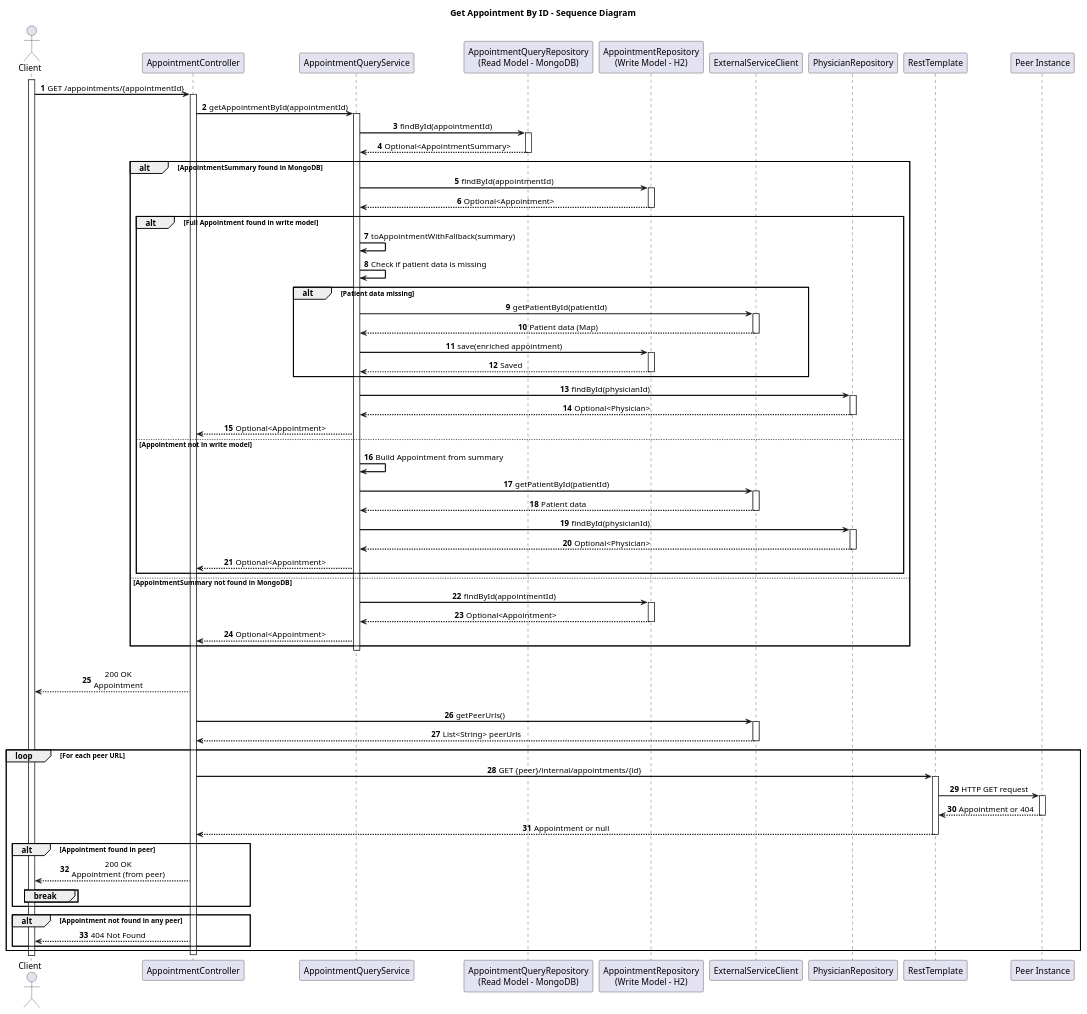
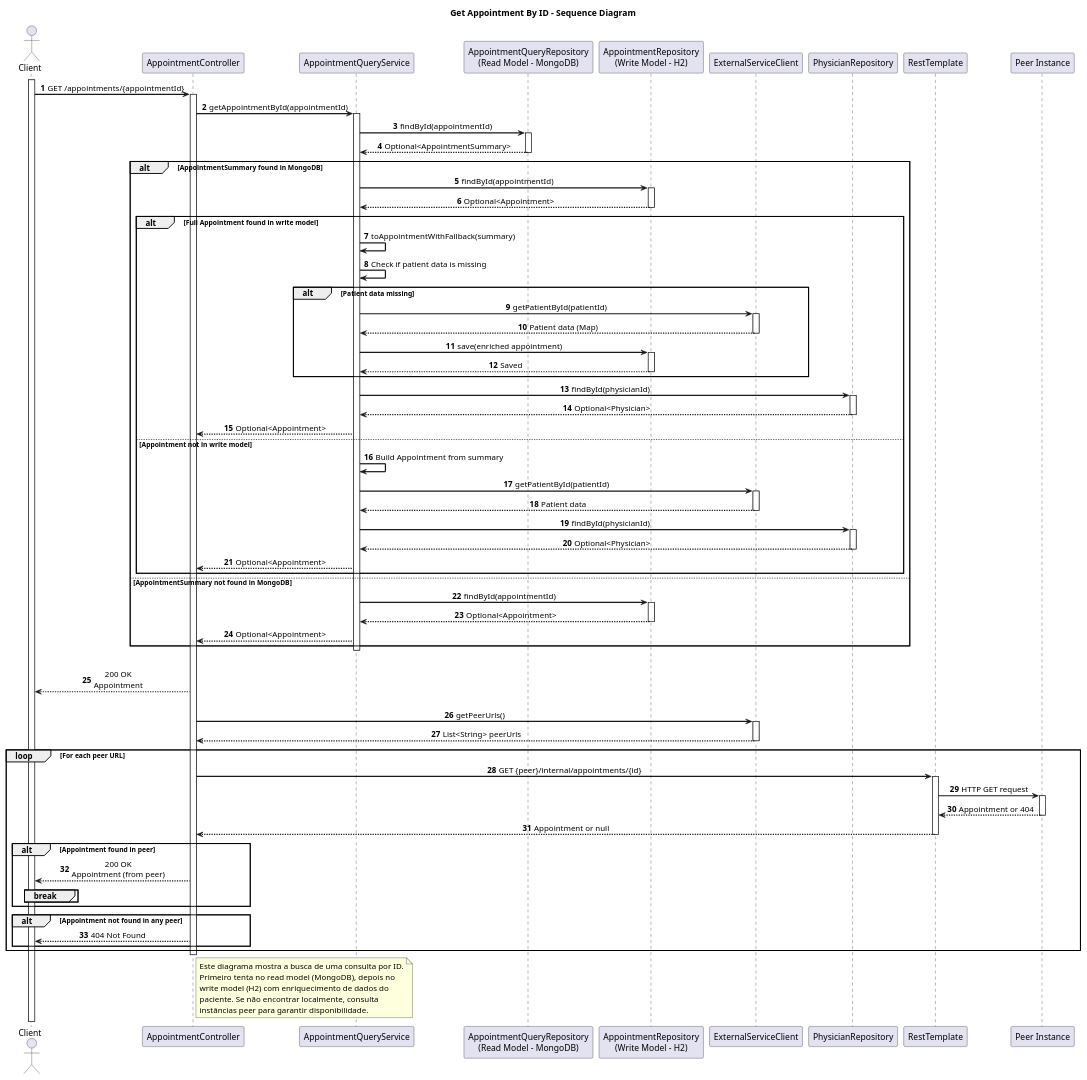
The diagram in DOCS2/C4+1/GetAppointmentId-Sequence.puml (pedrods05/LETI_SIDIS_3DA_6), drawn with PlantUML before and after one commit. The commit also changed 11 other files, not shown here.

```diff
--- a/DOCS2/C4+1/GetAppointmentId-Sequence.puml
+++ b/DOCS2/C4+1/GetAppointmentId-Sequence.puml
@@ -1,115 +1,123 @@
 @startuml GetAppointmentId-Sequence
 skinparam backgroundColor #FFFFFF
 skinparam sequenceMessageAlign center
 skinparam sequenceArrowThickness 2
 
 title Get Appointment By ID - Sequence Diagram
 
 actor Client
 participant "AppointmentController" as Controller
 participant "AppointmentQueryService" as QueryService
 participant "AppointmentQueryRepository\n(Read Model - MongoDB)" as ReadRepo
 participant "AppointmentRepository\n(Write Model - H2)" as WriteRepo
 participant "ExternalServiceClient" as ExternalClient
 participant "PhysicianRepository" as PhysicianRepo
 participant "RestTemplate" as RestTemplate
 participant "Peer Instance" as Peer
 
 autonumber
 activate Client
 Client -> Controller: GET /appointments/{appointmentId}
 activate Controller
 
 Controller -> QueryService: getAppointmentById(appointmentId)
 activate QueryService
 
 QueryService -> ReadRepo: findById(appointmentId)
 activate ReadRepo
 ReadRepo --> QueryService: Optional<AppointmentSummary>
 deactivate ReadRepo
 
 alt AppointmentSummary found in MongoDB
     QueryService -> WriteRepo: findById(appointmentId)
     activate WriteRepo
     WriteRepo --> QueryService: Optional<Appointment>
     deactivate WriteRepo
 
     alt Full Appointment found in write model
         QueryService -> QueryService: toAppointmentWithFallback(summary)
         QueryService -> QueryService: Check if patient data is missing
 
         alt Patient data missing
             QueryService -> ExternalClient: getPatientById(patientId)
             activate ExternalClient
             ExternalClient --> QueryService: Patient data (Map)
             deactivate ExternalClient
 
             QueryService -> WriteRepo: save(enriched appointment)
             activate WriteRepo
             WriteRepo --> QueryService: Saved
             deactivate WriteRepo
         end
 
         QueryService -> PhysicianRepo: findById(physicianId)
         activate PhysicianRepo
         PhysicianRepo --> QueryService: Optional<Physician>
         deactivate PhysicianRepo
 
         QueryService --> Controller: Optional<Appointment>
     else Appointment not in write model
         QueryService -> QueryService: Build Appointment from summary
         QueryService -> ExternalClient: getPatientById(patientId)
         activate ExternalClient
         ExternalClient --> QueryService: Patient data
         deactivate ExternalClient
 
         QueryService -> PhysicianRepo: findById(physicianId)
         activate PhysicianRepo
         PhysicianRepo --> QueryService: Optional<Physician>
         deactivate PhysicianRepo
 
         QueryService --> Controller: Optional<Appointment>
     end
 else AppointmentSummary not found in MongoDB
     QueryService -> WriteRepo: findById(appointmentId)
     activate WriteRepo
     WriteRepo --> QueryService: Optional<Appointment>
     deactivate WriteRepo
 
     QueryService --> Controller: Optional<Appointment>
 end
 
 deactivate QueryService
 
 alt Appointment found locally
     Controller --> Client: 200 OK\nAppointment
 else Appointment not found locally
     Controller -> ExternalClient: getPeerUrls()
     activate ExternalClient
     ExternalClient --> Controller: List<String> peerUrls
     deactivate ExternalClient
 
     loop For each peer URL
         Controller -> RestTemplate: GET {peer}/internal/appointments/{id}
         activate RestTemplate
         RestTemplate -> Peer: HTTP GET request
         activate Peer
         Peer --> RestTemplate: Appointment or 404
         deactivate Peer
         RestTemplate --> Controller: Appointment or null
         deactivate RestTemplate
 
         alt Appointment found in peer
             Controller --> Client: 200 OK\nAppointment (from peer)
             break
         end
     end
 
     alt Appointment not found in any peer
         Controller --> Client: 404 Not Found
     end
 end
 
 deactivate Controller
 
+note right of Controller
+  Este diagrama mostra a busca de uma consulta por ID.
+  Primeiro tenta no read model (MongoDB), depois no
+  write model (H2) com enriquecimento de dados do
+  paciente. Se não encontrar localmente, consulta
+  instâncias peer para garantir disponibilidade.
+end note
+
 @enduml
```
